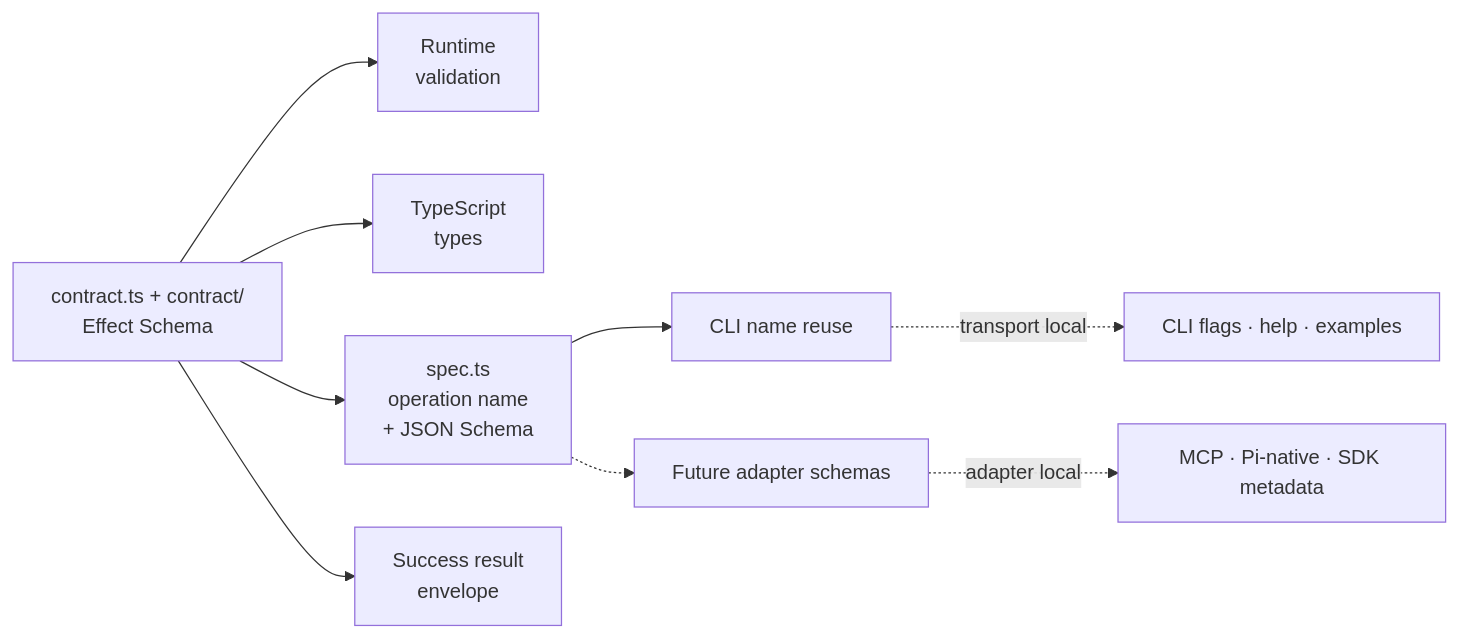
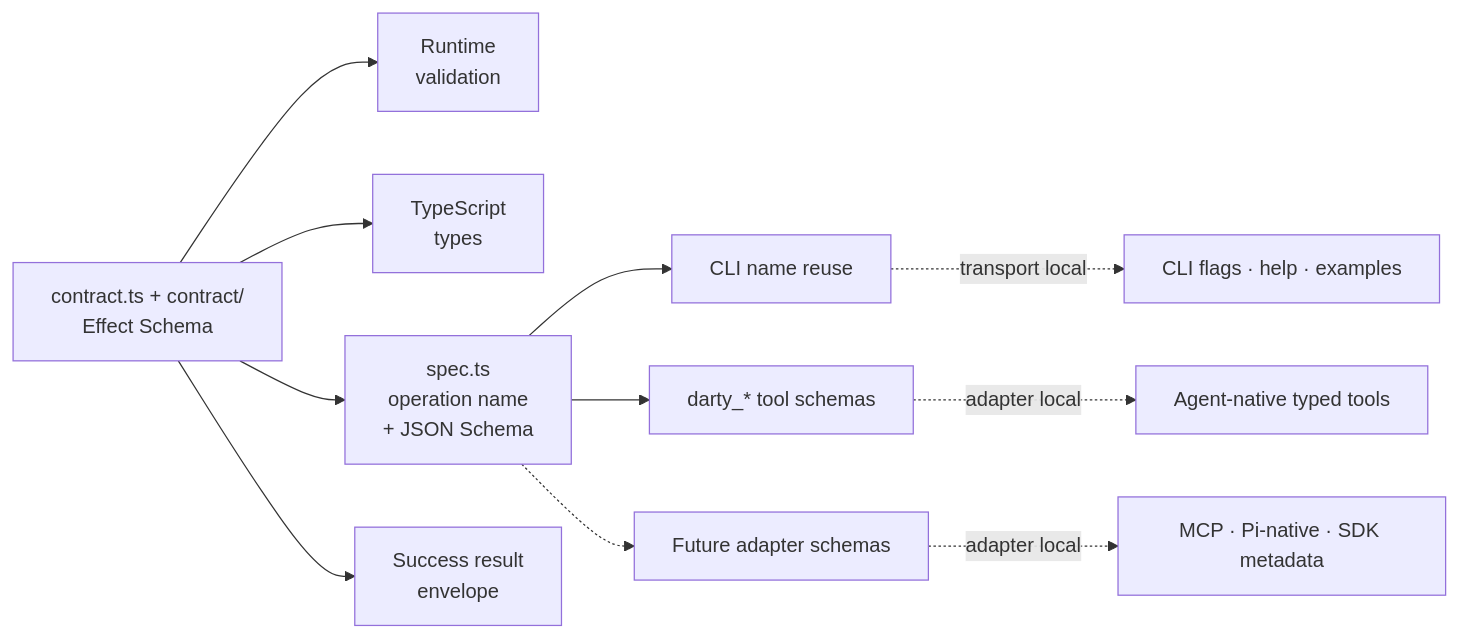
Before and after one commit to cpaikr/darty: the third of 6 diagrams in src/ARCHITECTURE.md, drawn with Mermaid. The commit also changed other lines of this file and 14 other files, not shown here.

````diff
--- a/src/ARCHITECTURE.md
+++ b/src/ARCHITECTURE.md
@@ -146,13 +146,15 @@
 ```mermaid
 graph LR
     CONTRACT["contract.ts + contract/\nEffect Schema"] --> VALIDATE["Runtime\nvalidation"]
     CONTRACT --> TS["TypeScript\ntypes"]
     CONTRACT --> SPEC["spec.ts\noperation name\n+ JSON Schema"]
 
     SPEC --> CLI_META["CLI name reuse"]
+    SPEC --> AGENT_META["darty_* tool schemas"]
     SPEC -.-> FUTURE_META["Future adapter schemas"]
     CONTRACT --> RESULT["Success result\nenvelope"]
 
     CLI_META -. transport local .-> CLI_FLAGS["CLI flags · help · examples"]
+    AGENT_META -. adapter local .-> AGENT_TOOLS["Agent-native typed tools"]
     FUTURE_META -. adapter local .-> FUTURE_UX["MCP · Pi-native · SDK metadata"]
 ```
````
